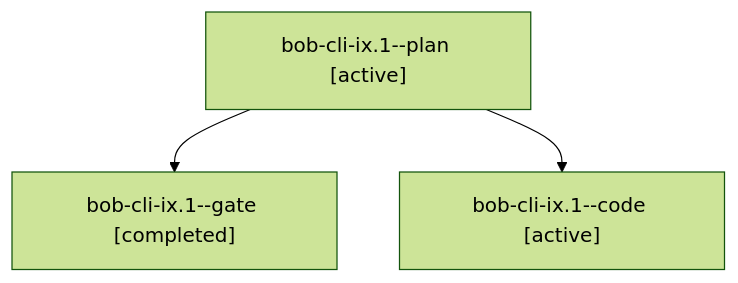
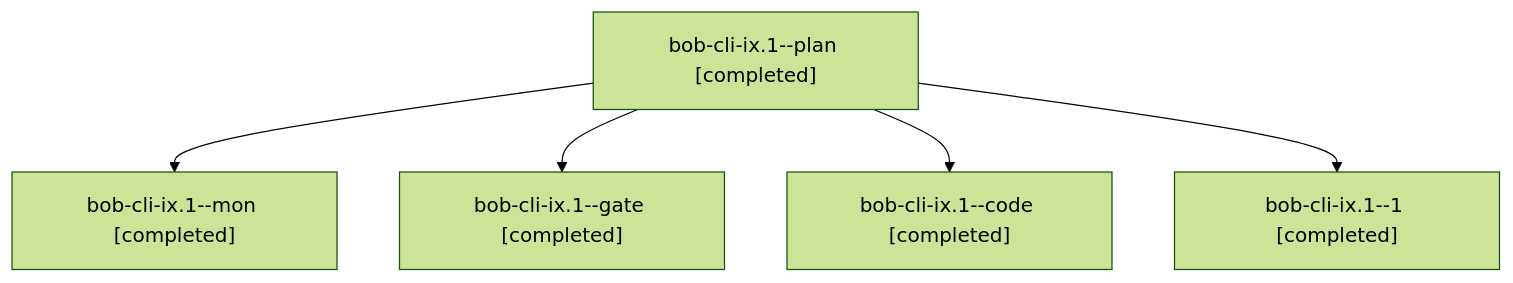
The diagram in sessions/bbugyi200.apollo.bob-cli-ix.1.md (bobs-org/bob-cli--agents), drawn with Mermaid (forest theme) before and after one commit. The commit also changed other lines of this file and 32 other files, not shown here.

````diff
--- a/sessions/bbugyi200.apollo.bob-cli-ix.1.md
+++ b/sessions/bbugyi200.apollo.bob-cli-ix.1.md
@@ -9,8 +9,12 @@
 ```mermaid
 flowchart TD
-  n0["bob-cli-ix.1--plan [active]"]
-  n1["bob-cli-ix.1--gate [completed]"]
+  n0["bob-cli-ix.1--plan [completed]"]
+  n1["bob-cli-ix.1--mon [completed]"]
   n0 --> n1
-  n2["bob-cli-ix.1--code [active]"]
+  n2["bob-cli-ix.1--gate [completed]"]
   n0 --> n2
+  n3["bob-cli-ix.1--code [completed]"]
+  n0 --> n3
+  n4["bob-cli-ix.1--1 [completed]"]
+  n0 --> n4
 ```
````
